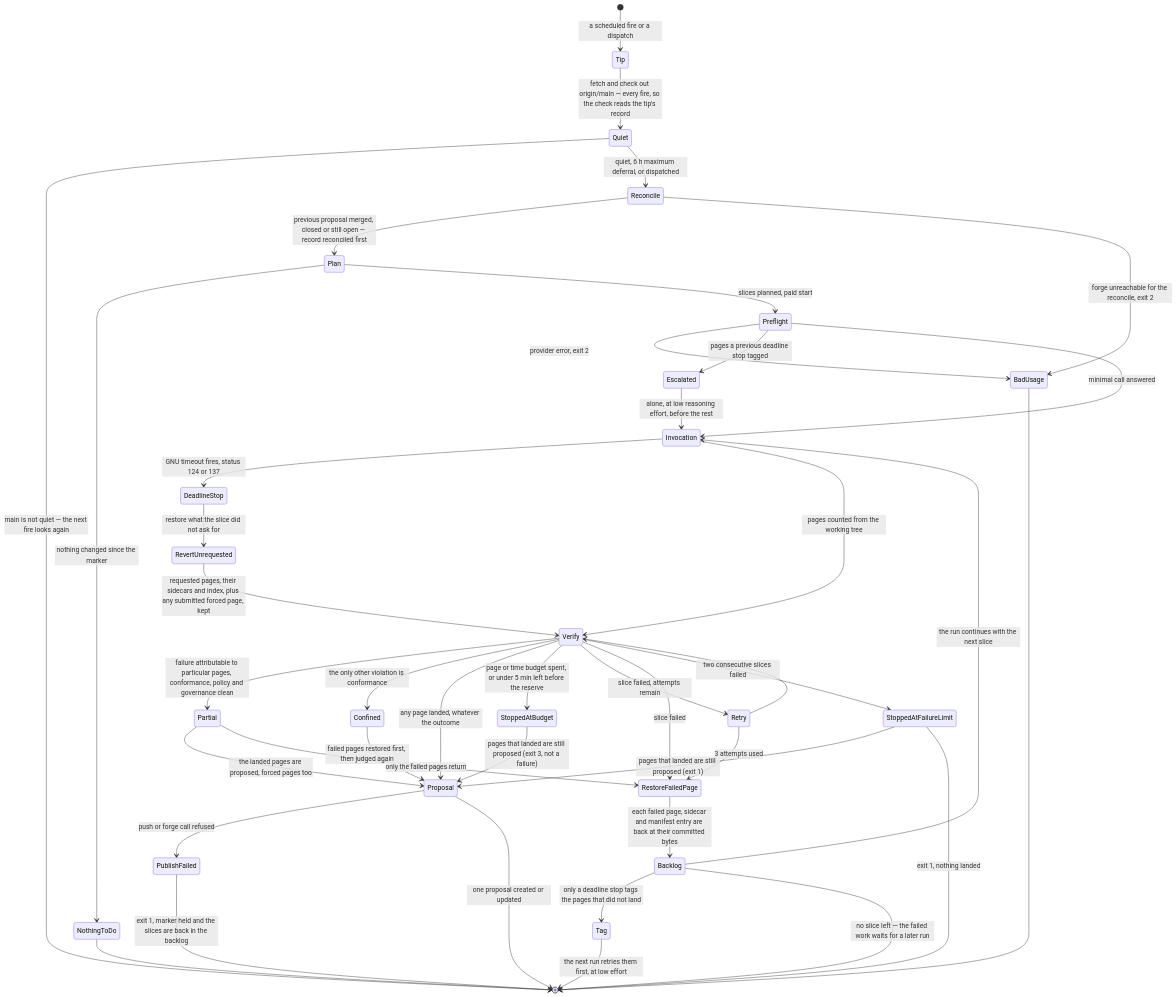
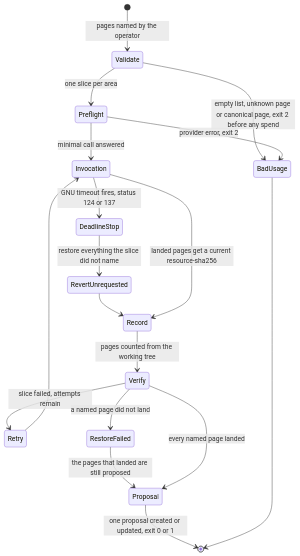
Before and after one commit to jumbleknot/MovieCollectionManager: the second of 3 diagrams in openwiki/runbooks/wiki-maintenance.md, drawn with Mermaid. The commit also changed other lines of this file and 11 other files, not shown here.

````diff
--- a/openwiki/runbooks/wiki-maintenance.md
+++ b/openwiki/runbooks/wiki-maintenance.md
@@ -154,44 +101,20 @@
 ```mermaid
 stateDiagram-v2
-    [*] --> Tip: a scheduled fire or a dispatch
-    Tip --> Quiet: fetch and check out origin/main — every fire, so the check reads the tip's record
-    Quiet --> [*]: main is not quiet — the next fire looks again
-    Quiet --> Reconcile: quiet, 6 h maximum deferral, or dispatched
-    Reconcile --> Plan: previous proposal merged, closed or still open — record reconciled first
-    Reconcile --> BadUsage: forge unreachable for the reconcile, exit 2
-    Plan --> NothingToDo: nothing changed since the marker
-    Plan --> Preflight: slices planned, paid start
+    [*] --> Validate: pages named by the operator
+    Validate --> BadUsage: empty list, unknown page or canonical page, exit 2 before any spend
+    Validate --> Preflight: one slice per area
     Preflight --> BadUsage: provider error, exit 2
-    Preflight --> Escalated: pages a previous deadline stop tagged
-    Escalated --> Invocation: alone, at low reasoning effort, before the rest
     Preflight --> Invocation: minimal call answered
     Invocation --> DeadlineStop: GNU timeout fires, status 124 or 137
-    DeadlineStop --> RevertUnrequested: restore what the slice did not ask for
-    RevertUnrequested --> Verify: requested pages, their sidecars and index, plus any submitted forced page, kept
-    Invocation --> Verify: pages counted from the working tree
-    Verify --> Partial: failure attributable to particular pages, conformance, policy and governance clean
-    Partial --> Proposal: the landed pages are proposed, forced pages too
-    Partial --> RestoreFailedPage: only the failed pages return
-    Verify --> Confined: the only other violation is conformance
-    Confined --> Proposal: failed pages restored first, then judged again
-    Verify --> Proposal: any page landed, whatever the outcome
-    Verify --> StoppedAtBudget: page or time budget spent, or under 5 min left before the reserve
-    StoppedAtBudget --> Proposal: pages that landed are still proposed (exit 3, not a failure)
+    DeadlineStop --> RevertUnrequested: restore everything the slice did not name
+    RevertUnrequested --> Record
+    Invocation --> Record: landed pages get a current resource-sha256
+    Record --> Verify: pages counted from the working tree
     Verify --> Retry: slice failed, attempts remain
-    Retry --> Verify
-    Retry --> RestoreFailedPage: 3 attempts used
-    Verify --> RestoreFailedPage: slice failed
-    RestoreFailedPage --> Backlog: each failed page, sidecar and manifest entry are back at their committed bytes
-    Backlog --> Tag: only a deadline stop tags the pages that did not land
-    Tag --> [*]: the next run retries them first, at low effort
-    Verify --> StoppedAtFailureLimit: two consecutive slices failed
-    StoppedAtFailureLimit --> Proposal: pages that landed are still proposed (exit 1)
-    StoppedAtFailureLimit --> [*]: exit 1, nothing landed
-    Backlog --> Invocation: the run continues with the next slice
-    Backlog --> [*]: no slice left — the failed work waits for a later run
-    Proposal --> PublishFailed: push or forge call refused
-    PublishFailed --> [*]: exit 1, marker held and the slices are back in the backlog
-    Proposal --> [*]: one proposal created or updated
-    NothingToDo --> [*]
+    Retry --> Invocation
+    Verify --> RestoreFailed: a named page did not land
+    RestoreFailed --> Proposal: the pages that landed are still proposed
+    Verify --> Proposal: every named page landed
+    Proposal --> [*]: one proposal created or updated, exit 0 or 1
     BadUsage --> [*]
 ```
````
